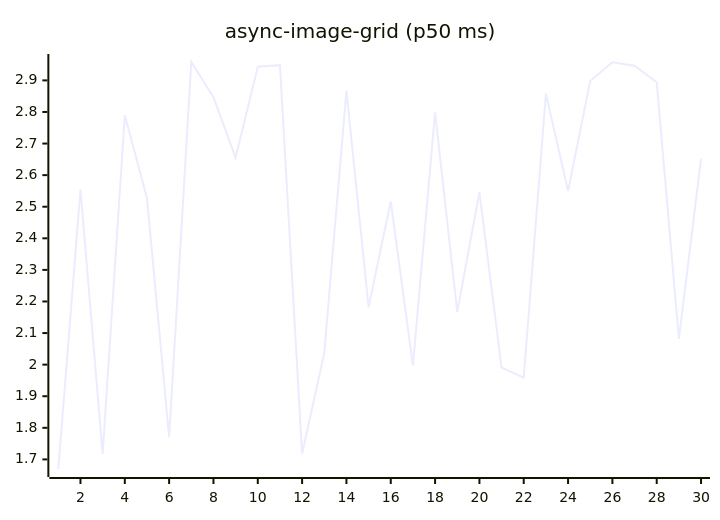
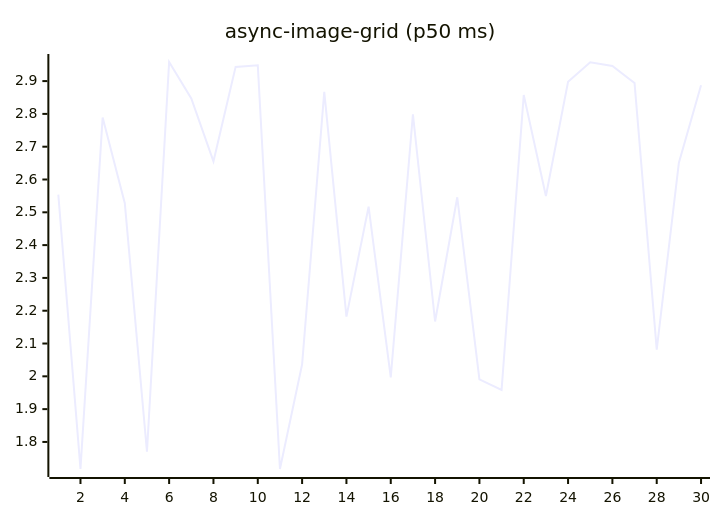
Before and after one commit to josha/Facet: the fifth of 27 diagrams in README.md, drawn with Mermaid. The commit also changed other lines of this file and 2 other files, not shown here.

````diff
--- a/README.md
+++ b/README.md
@@ -91,6 +91,6 @@
 ```mermaid
 xychart-beta
     title "async-image-grid (p50 ms)"
     x-axis 1 --> 30
-    line [1.6696, 2.5539, 1.7175, 2.7892, 2.5277, 1.7701, 2.9582, 2.8471, 2.6552, 2.9433, 2.9481, 1.7177, 2.0365, 2.8674, 2.1819, 2.5171, 1.9970, 2.7988, 2.1671, 2.5459, 1.9906, 1.9586, 2.8577, 2.5497, 2.8980, 2.9576, 2.9463, 2.8940, 2.0815, 2.6515]
+    line [2.5539, 1.7175, 2.7892, 2.5277, 1.7701, 2.9582, 2.8471, 2.6552, 2.9433, 2.9481, 1.7177, 2.0365, 2.8674, 2.1819, 2.5171, 1.9970, 2.7988, 2.1671, 2.5459, 1.9906, 1.9586, 2.8577, 2.5497, 2.8980, 2.9576, 2.9463, 2.8940, 2.0815, 2.6515, 2.8871]
 ```
````
